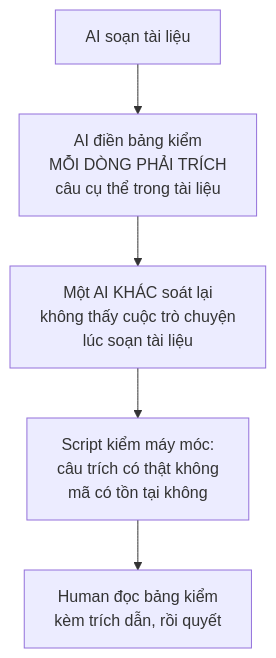
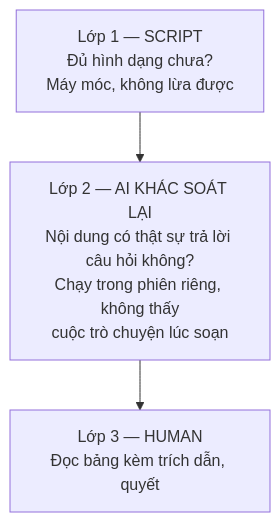
Before and after one commit to Kynderis/kendrick-ai-tools: the tenth of 10 diagrams in design/00-BAT-DAU-TU-DAY.md, drawn with Mermaid. The commit also changed other lines of this file and 4 other files, not shown here.

````diff
--- a/design/00-BAT-DAU-TU-DAY.md
+++ b/design/00-BAT-DAU-TU-DAY.md
@@ -332,7 +485,5 @@
 ```mermaid
 flowchart TD
-    A["AI soạn tài liệu"] --> B["AI điền bảng kiểm<br/>MỖI DÒNG PHẢI TRÍCH<br/>câu cụ thể trong tài liệu"]
-    B --> C["Một AI KHÁC soát lại<br/>không thấy cuộc trò chuyện<br/>lúc soạn tài liệu"]
-    C --> D["Script kiểm máy móc:<br/>câu trích có thật không<br/>mã có tồn tại không"]
-    D --> E["Human đọc bảng kiểm<br/>kèm trích dẫn, rồi quyết"]
+    A["Lớp 1 — SCRIPT<br/>Đủ hình dạng chưa?<br/>Máy móc, không lừa được"] --> B["Lớp 2 — AI KHÁC SOÁT LẠI<br/>Nội dung có thật sự trả lời câu hỏi không?<br/>Chạy trong phiên riêng, không thấy<br/>cuộc trò chuyện lúc soạn"]
+    B --> C["Lớp 3 — HUMAN<br/>Đọc bảng kèm trích dẫn, quyết"]
 ```
````
